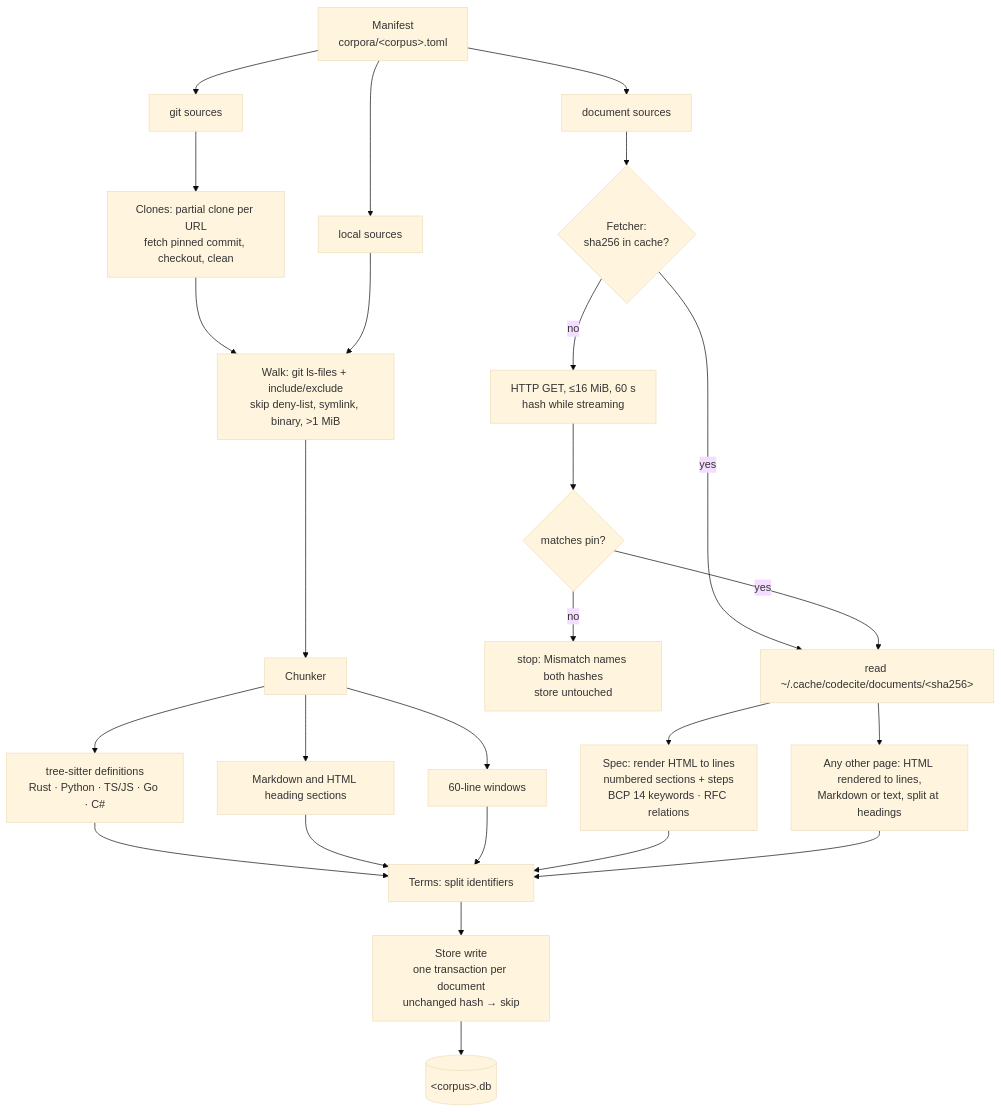
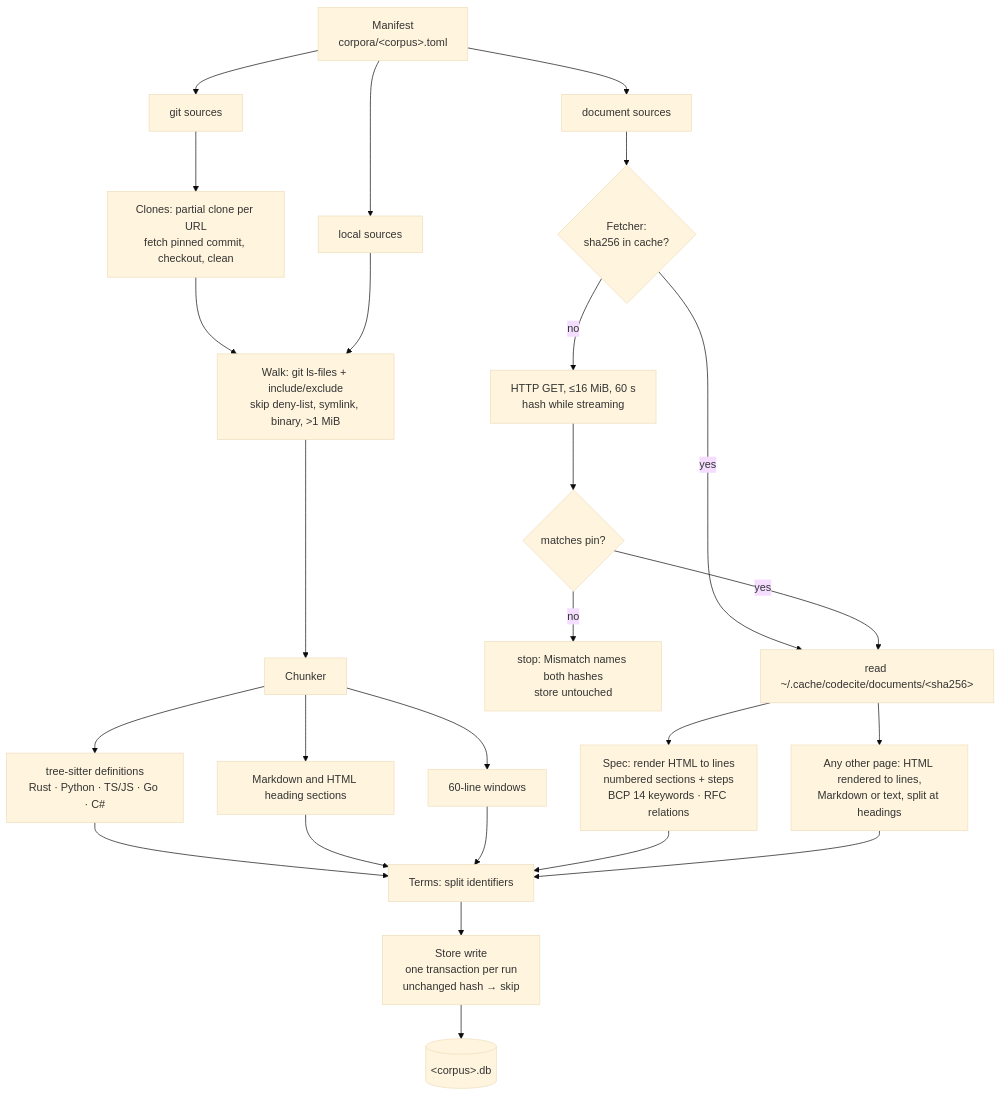
Before and after one commit to jamescrowley321/codecite: the third of 5 diagrams in docs/design.md, drawn with Mermaid (base theme). The commit also changed other lines of this file and 16 other files, not shown here.

First line of the commit message:
fix(index): make an index run one atomic, recorded publish (#262)

````diff
--- a/docs/design.md
+++ b/docs/design.md
@@ -96,21 +96,21 @@
 ```mermaid
 flowchart TD
   manifest["Manifest<br/>corpora/#lt;corpus#gt;.toml"] --> docs & gits & locals
   docs["document sources"] --> fetcher{"Fetcher:<br/>sha256 in cache?"}
   fetcher -- yes --> cached["read ~/.cache/codecite/documents/#lt;sha256#gt;"]
   fetcher -- no --> get["HTTP GET, ≤16 MiB, 60 s<br/>hash while streaming"] --> pin{"matches pin?"}
   pin -- no --> stop["stop: Mismatch names both hashes<br/>store untouched"]
   pin -- yes --> cached
   gits["git sources"] --> clones["Clones: partial clone per URL<br/>fetch pinned commit, checkout, clean"]
   clones --> walk
   locals["local sources"] --> walk["Walk: git ls-files + include/exclude<br/>skip deny-list, symlink, binary, #gt;1 MiB"]
   walk --> chunker["Chunker"]
   chunker --> ts["tree-sitter definitions<br/>Rust · Python · TS/JS · Go · C#"]
   chunker --> md["Markdown and HTML heading sections"]
   chunker --> win["60-line windows"]
   cached --> spec["Spec: render HTML to lines<br/>numbered sections + steps<br/>BCP 14 keywords · RFC relations"]
   cached --> doc["Any other page: HTML rendered to lines,<br/>Markdown or text, split at headings"]
   ts & md & win & spec & doc --> terms["Terms: split identifiers"]
-  terms --> write["Store write<br/>one transaction per document<br/>unchanged hash → skip"]
+  terms --> write["Store write<br/>one transaction per run<br/>unchanged hash → skip"]
   write --> db[("#lt;corpus#gt;.db")]
 ```
````
